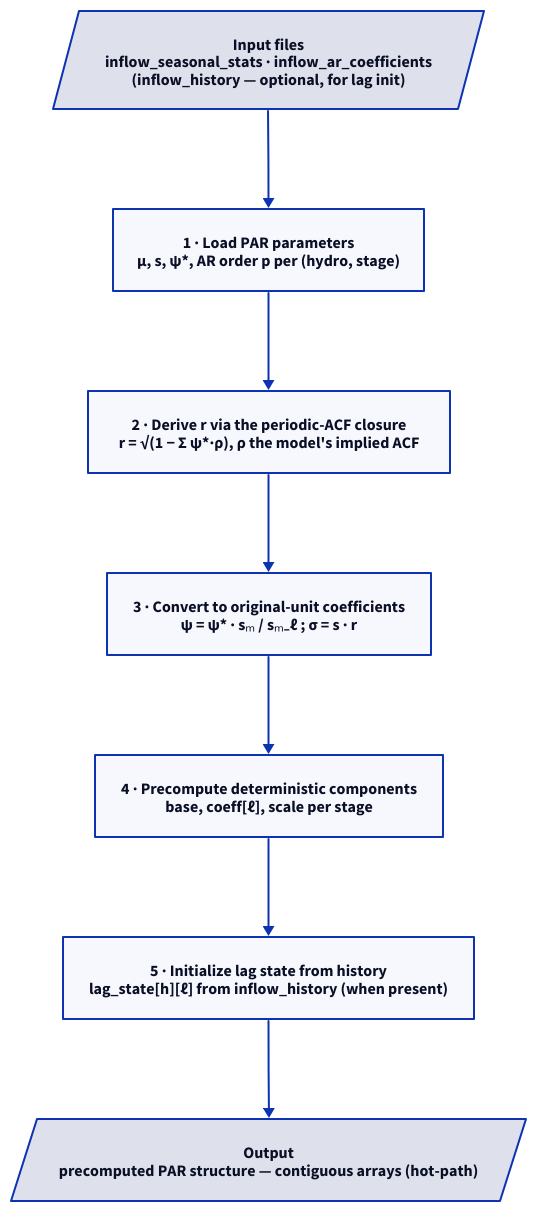
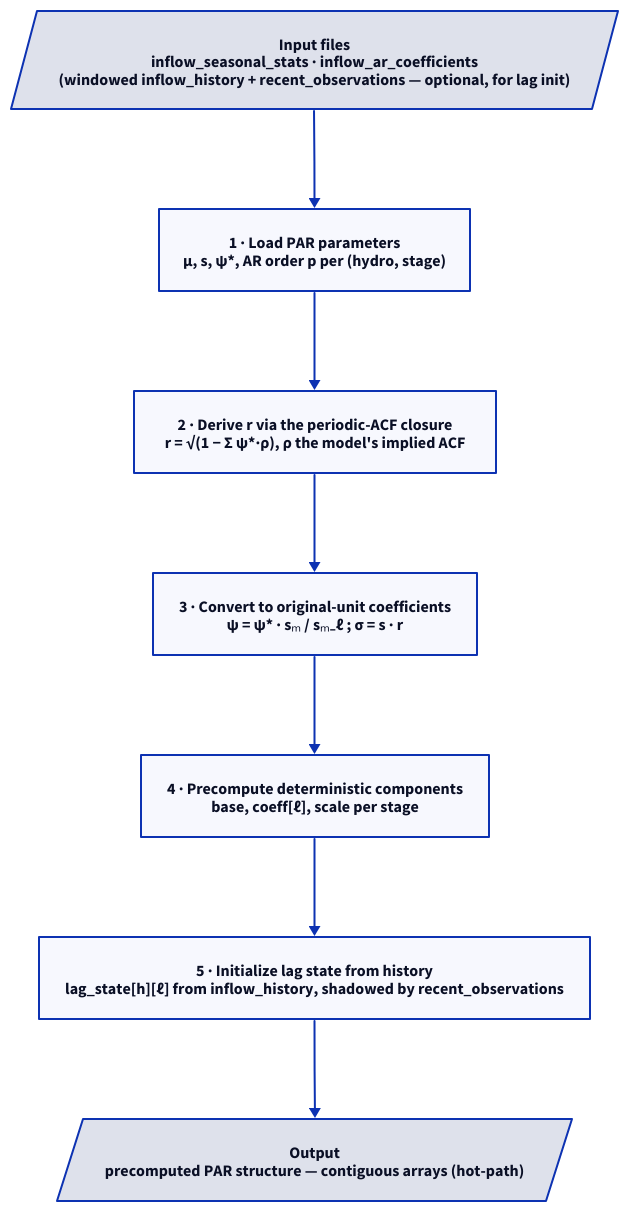
The first of 3 diagrams in src/content/docs/math/scenario-generation.md (cobre-rs/cobre-docs), drawn with D2 before and after one commit. The commit also changed other lines of this file and 20 other files, not shown here.

````diff
--- a/src/content/docs/math/scenario-generation.md
+++ b/src/content/docs/math/scenario-generation.md
@@ -50,13 +50,13 @@
 ```d2
 direction: down
 
-input: "Input files\ninflow_seasonal_stats · inflow_ar_coefficients\n(inflow_history — optional, for lag init)" {shape: parallelogram}
+input: "Input files\ninflow_seasonal_stats · inflow_ar_coefficients\n(windowed inflow_history + recent_observations — optional, for lag init)" {shape: parallelogram}
 s1: "1 · Load PAR parameters\nμ, s, ψ*, AR order p  per (hydro, stage)"
 s2: "2 · Derive r via the periodic-ACF closure\nr = √(1 − Σ ψ*·ρ), ρ the model's implied ACF"
 s3: "3 · Convert to original-unit coefficients\nψ = ψ* · sₘ / sₘ₋ℓ ;   σ = s · r"
 s4: "4 · Precompute deterministic components\nbase, coeff[ℓ], scale  per stage"
-s5: "5 · Initialize lag state from history\nlag_state[h][ℓ]  from inflow_history (when present)"
+s5: "5 · Initialize lag state from history\nlag_state[h][ℓ]  from inflow_history, shadowed by recent_observations"
 output: "Output\nprecomputed PAR structure — contiguous arrays (hot-path)" {shape: parallelogram}
 
 input -> s1 -> s2 -> s3 -> s4 -> s5 -> output
 ```
````
